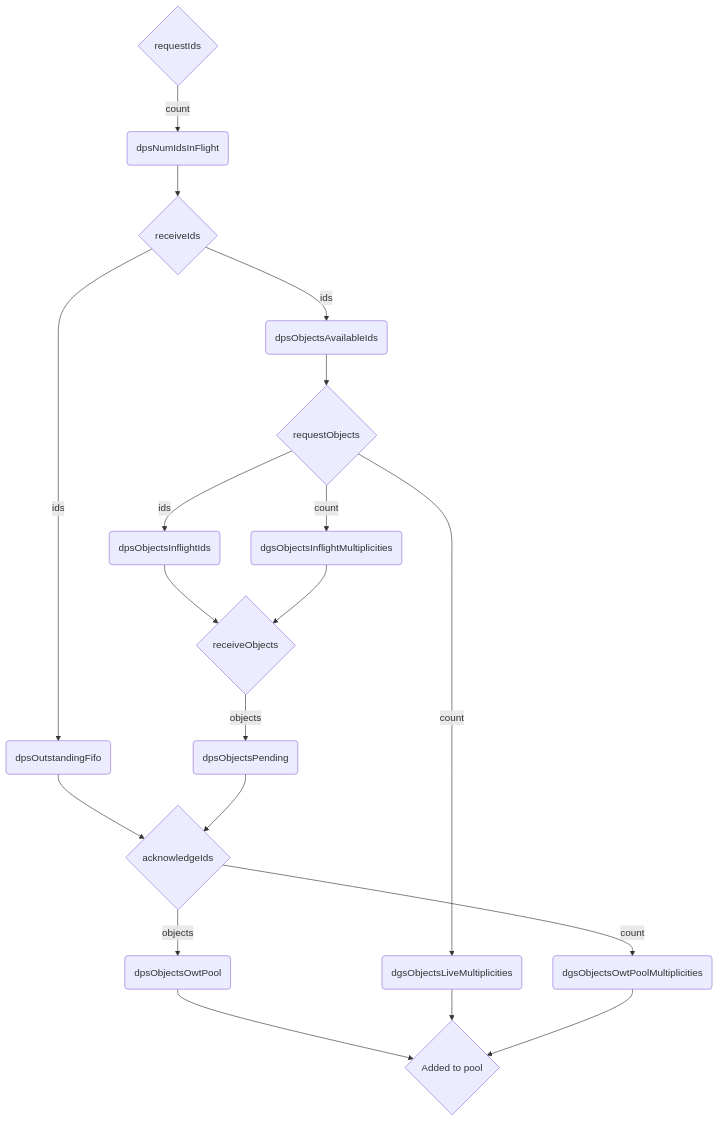
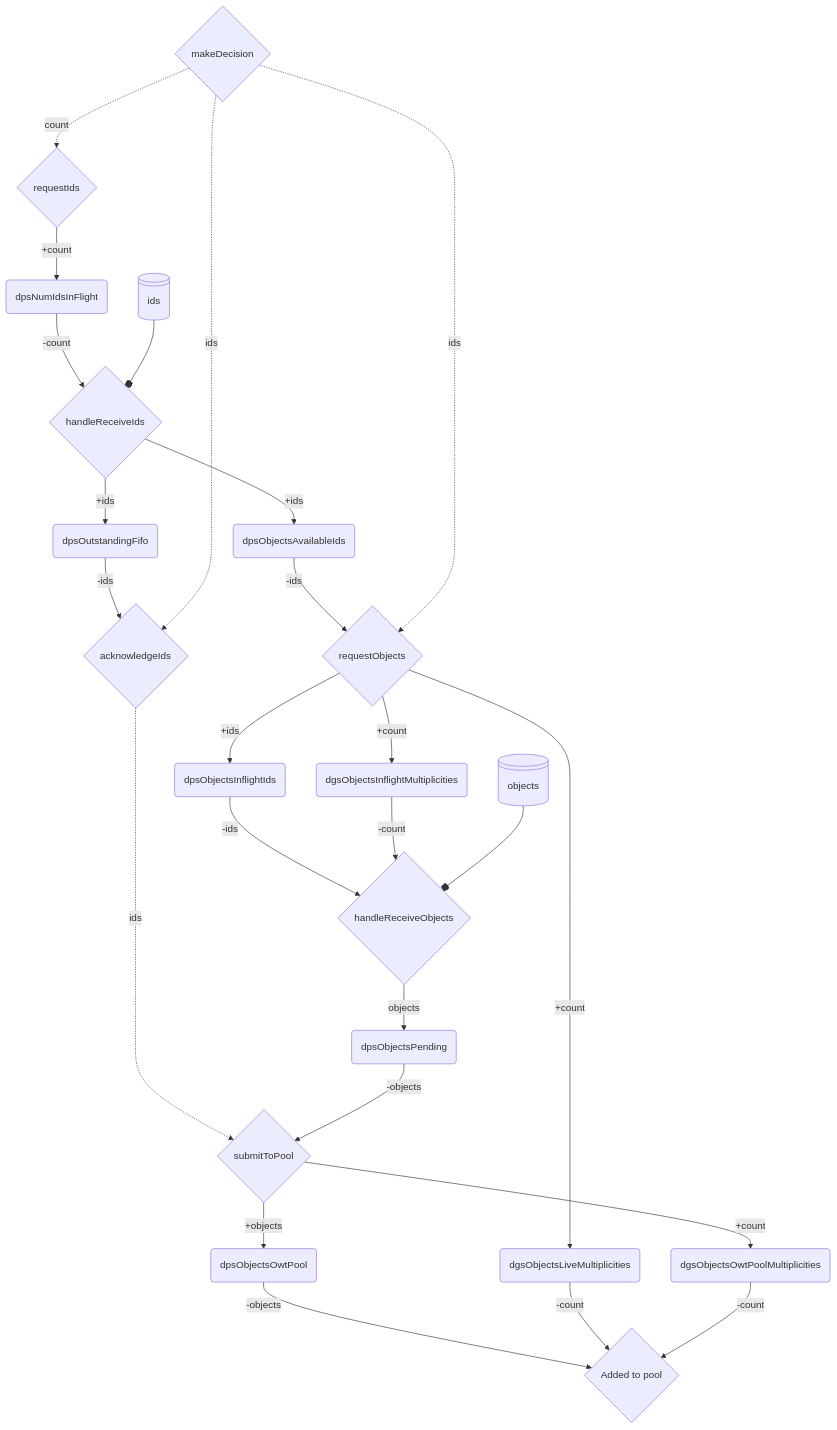
The diagram in ouroboros-consensus/src/ouroboros-consensus/Ouroboros/Consensus/MiniProtocol/ObjectDiffusion/Inbound/V2.mermaid (IntersectMBO/ouroboros-consensus), drawn with Mermaid before and after one commit. The commit also changed 2 other files, not shown here.

Commit message:
Improve state management and diagram

```diff
--- a/ouroboros-consensus/src/ouroboros-consensus/Ouroboros/Consensus/MiniProtocol/ObjectDiffusion/Inbound/V2.mermaid
+++ b/ouroboros-consensus/src/ouroboros-consensus/Ouroboros/Consensus/MiniProtocol/ObjectDiffusion/Inbound/V2.mermaid
@@ -1,41 +1,52 @@
 flowchart TD
     A(dpsNumIdsInFlight)
     B(dpsOutstandingFifo)
     C(dpsObjectsAvailableIds)
     D(dpsObjectsInflightIds)
     E(dpsObjectsPending)
     F(dpsObjectsOwtPool)
 
     G(dgsObjectsLiveMultiplicities)
     H(dgsObjectsInflightMultiplicities)
     I(dgsObjectsOwtPoolMultiplicities)
 
     EA{requestIds}
-    EA-->|count| A
+    EA-->|+count| A
 
-    EB{receiveIds}
-    A --> EB
-    EB -->|ids| B
-    EB -->|ids| C
+    EB{handleReceiveIds}
+    A -->|-count| EB
+    EB -->|+ids| B
+    IN1@{ shape: lin-cyl, label: "ids" } --o EB
+    EB -->|+ids| C
 
     EC{requestObjects}
-    C --> EC
-    EC -->|ids| D
-    EC --> |count| G
-    EC -->|count| H
+    C -->|-ids| EC
+    EC -->|+ids| D
+    EC --> |+count| G
+    EC -->|+count| H
 
-    ED{receiveObjects}
-    D --> ED
-    H --> ED
+    ED{handleReceiveObjects}
+    D -->|-ids| ED
+    H -->|-count| ED
+    IN2@{ shape: lin-cyl, label: "objects" } --o ED
     ED -->|objects| E
 
     EE{acknowledgeIds}
-    B --> EE
-    E --> EE
-    EE -->|objects| F
-    EE -->|count| I
+    B -->|-ids| EE
+    
+    EF{submitToPool}
+    EE -.->|ids| EF
+    E -->|-objects| EF
+    EF -->|+objects| F
+    EF -->|+count| I
 
-    EF{Added to pool}
-    F --> EF
-    G --> EF
-    I --> EF
+    EG{Added to pool}
+    F -->|-objects| EG
+    G -->|-count| EG
+    I -->|-count| EG
+
+    EZ{makeDecision}
+
+    EZ -.->|count| EA
+    EZ -.->|ids| EC
+    EZ -.->|ids| EE
```
